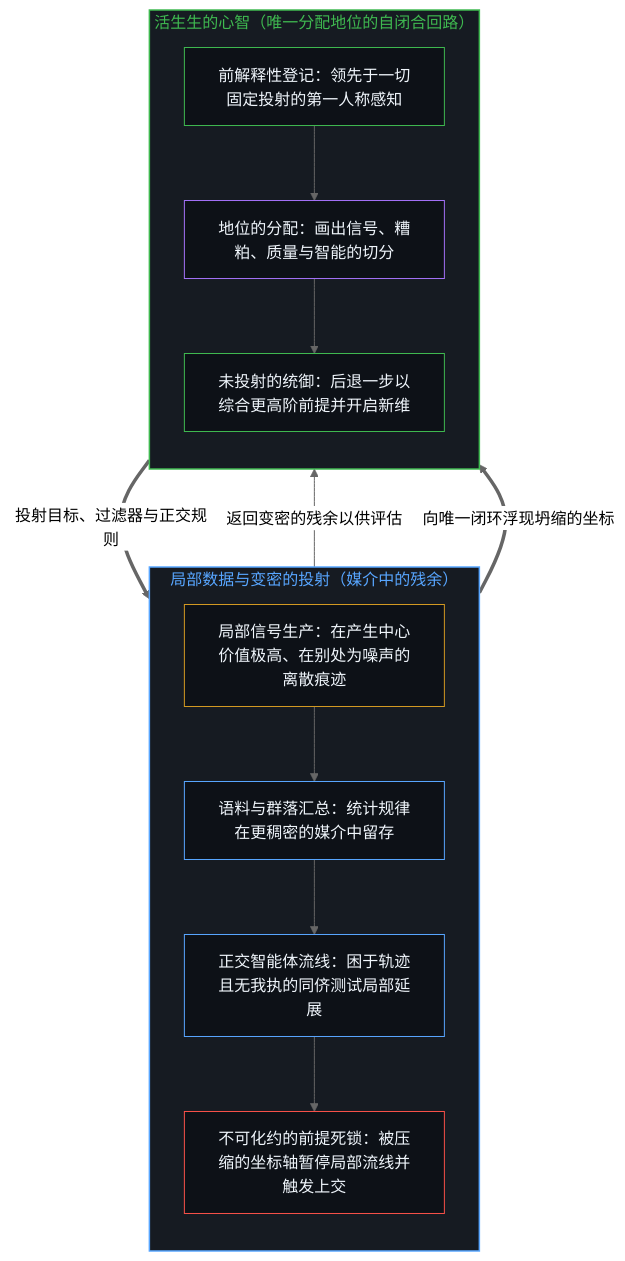
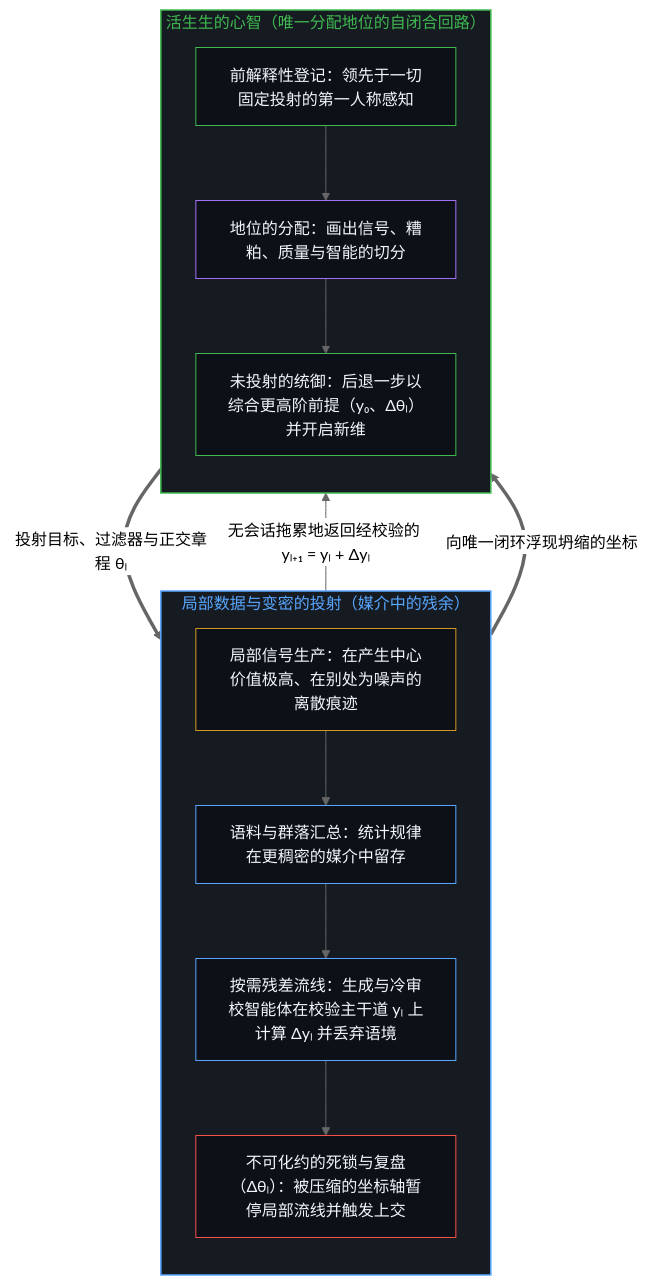
Before and after one commit to powerpig99/not-a-toe: the first of 2 diagrams in content/posts/data-is-local-intelligence-is-allocated.md, drawn with Mermaid (neutral theme). The commit also changed other lines of this file and 2 other files, not shown here.

````diff
--- a/content/posts/data-is-local-intelligence-is-allocated.md
+++ b/content/posts/data-is-local-intelligence-is-allocated.md
@@ -49,33 +49,30 @@
 ```mermaid
 flowchart TD
     subgraph S_Local["局部数据与变密的投射（媒介中的残余）"]
         direction TB
         L_Trace["局部信号生产：在产生中心价值极高、在别处为噪声的离散痕迹"]
         L_Agg["语料与群落汇总：统计规律在更稠密的媒介中留存"]
-        L_Stream["正交智能体流线：困于轨迹且无我执的同侪测试局部延展"]
-        L_Dead["不可化约的前提死锁：被压缩的坐标轴暂停局部流线并触发上交"]
+        L_Stream["按需残差流线：生成与冷审校智能体在校验主干道 yₗ 上计算 Δyₗ 并丢弃语境"]
+        L_Dead["不可化约的死锁与复盘（Δθₗ）：被压缩的坐标轴暂停局部流线并触发上交"]
         L_Trace --> L_Agg --> L_Stream --> L_Dead
     end
-
     subgraph S_Mind["活生生的心智（唯一分配地位的自闭合回路）"]
         direction TB
         M_Sense["前解释性登记：领先于一切固定投射的第一人称感知"]
         M_Alloc["地位的分配：画出信号、糟粕、质量与智能的切分"]
-        M_Orch["未投射的统御：后退一步以综合更高阶前提并开启新维"]
+        M_Orch["未投射的统御：后退一步以综合更高阶前提（y₀、Δθₗ）并开启新维"]
         M_Sense --> M_Alloc --> M_Orch
     end
-
-    M_Orch ==>|"投射目标、过滤器与正交规则"| L_Agg
-    L_Stream -->|"返回变密的残余以供评估"| M_Alloc
+    M_Orch ==>|"投射目标、过滤器与正交章程 θₗ"| L_Agg
+    L_Stream -->|"无会话拖累地返回经校验的 yₗ₊₁ = yₗ + Δyₗ"| M_Alloc
     L_Dead ==>|"向唯一闭环浮现坍缩的坐标"| M_Sense
-
     style S_Local fill:#161b22,stroke:#58a6ff,stroke-width:1.5px,color:#58a6ff
     style S_Mind fill:#161b22,stroke:#3fb950,stroke-width:1.5px,color:#3fb950
     style L_Trace fill:#0d1117,stroke:#d29922,stroke-width:1px,color:#f0f6fc
     style L_Agg fill:#0d1117,stroke:#58a6ff,stroke-width:1px,color:#f0f6fc
     style L_Stream fill:#0d1117,stroke:#58a6ff,stroke-width:1px,color:#f0f6fc
     style L_Dead fill:#0d1117,stroke:#f85149,stroke-width:1px,color:#f0f6fc
     style M_Sense fill:#0d1117,stroke:#3fb950,stroke-width:1px,color:#f0f6fc
     style M_Alloc fill:#0d1117,stroke:#a371f7,stroke-width:1px,color:#f0f6fc
     style M_Orch fill:#0d1117,stroke:#3fb950,stroke-width:1px,color:#f0f6fc
 ```
````
